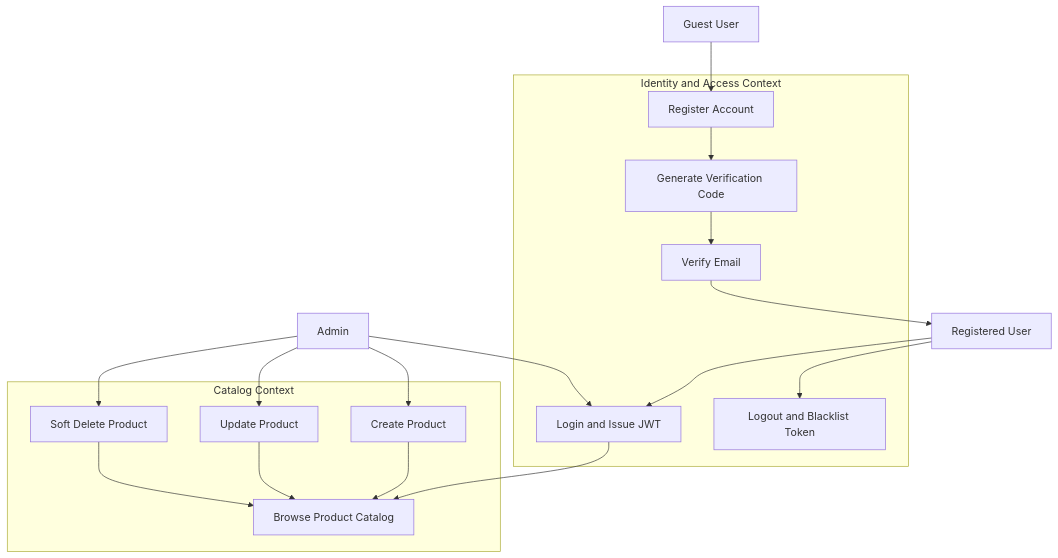
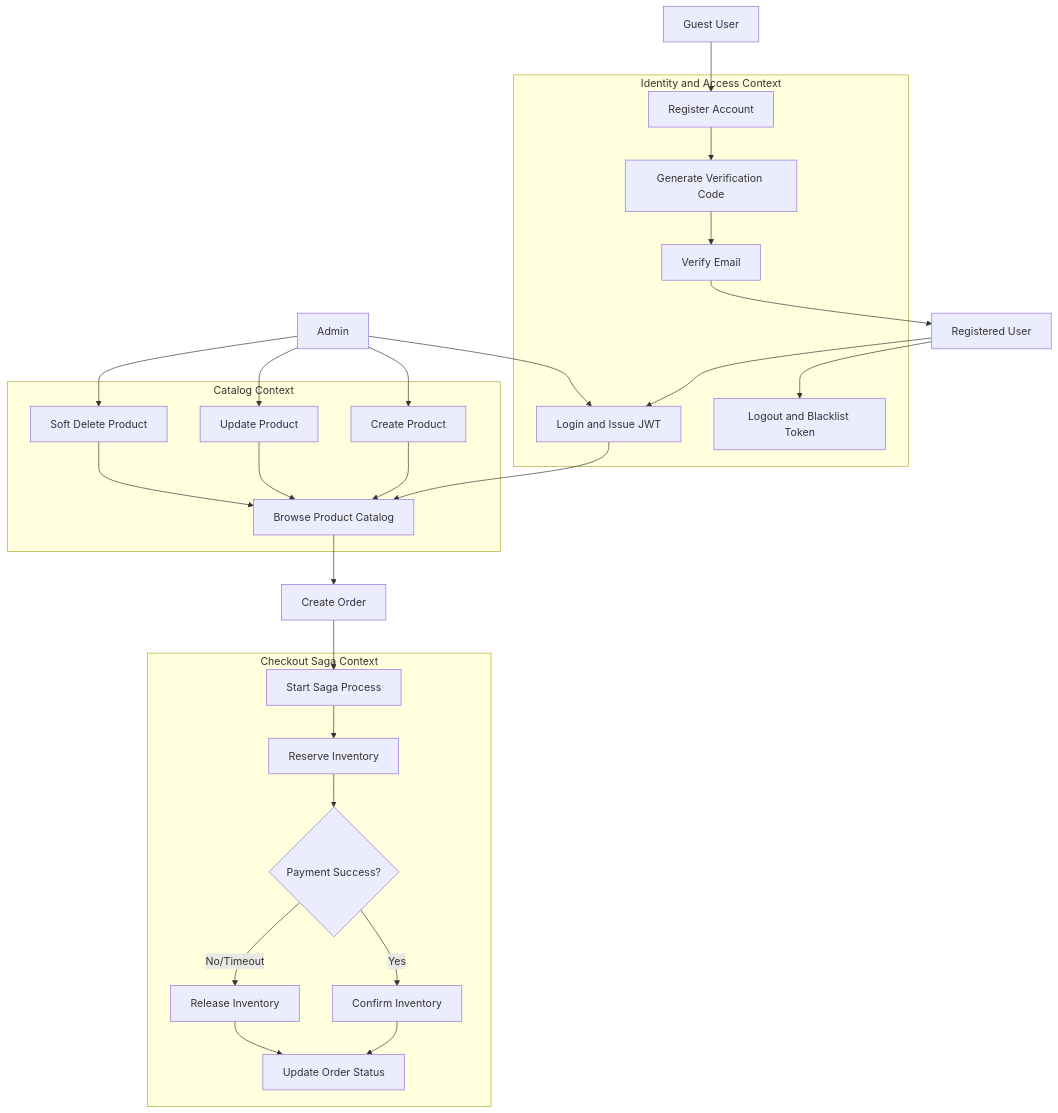
One commit to baosatboiz/asd changed the first of 6 diagrams in analysis-and-design-ddd.md. Above: the diagram before and after it, drawn with Mermaid. The commit also changed other lines of this file, not shown here.

````diff
--- a/analysis-and-design-ddd.md
+++ b/analysis-and-design-ddd.md
@@ -26,34 +26,49 @@
 ```mermaid
 flowchart TD
     G[Guest User] --> R[Register Account]
     R --> VC[Generate Verification Code]
     VC --> VE[Verify Email]
     VE --> U[Registered User]
 
     subgraph IAM[Identity and Access Context]
         R
         VC
         VE
         LG[Login and Issue JWT]
         LO[Logout and Blacklist Token]
     end
 
     U --> LG
     U --> LO
 
     subgraph CAT[Catalog Context]
         BR[Browse Product Catalog]
         CP[Create Product]
         UP[Update Product]
         DP[Soft Delete Product]
     end
 
     LG --> BR
     A[Admin] --> LG
     A --> CP
     A --> UP
     A --> DP
     CP --> BR
     UP --> BR
     DP --> BR
+
+    BR --> CO[Create Order]
+
+    subgraph CHECKOUT[Checkout Saga Context]
+        SP[Start Saga Process]
+        RS[Reserve Inventory]
+        GW{Payment Success?}
+        CF[Confirm Inventory]
+        RL[Release Inventory]
+        US[Update Order Status]
+    end
+
+    CO --> SP --> RS --> GW
+    GW -->|Yes| CF --> US
+    GW -->|No/Timeout| RL --> US
 ```
````
